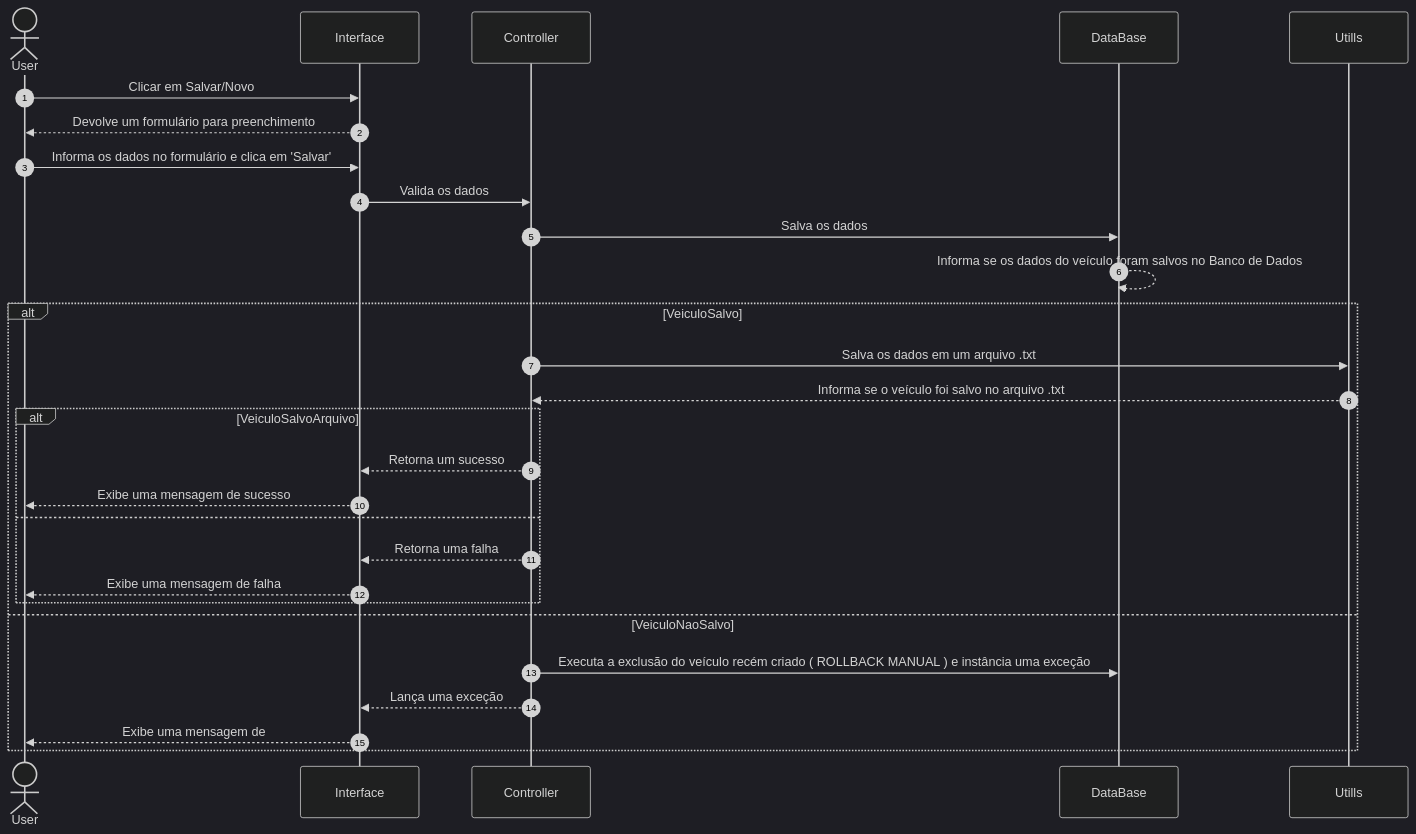
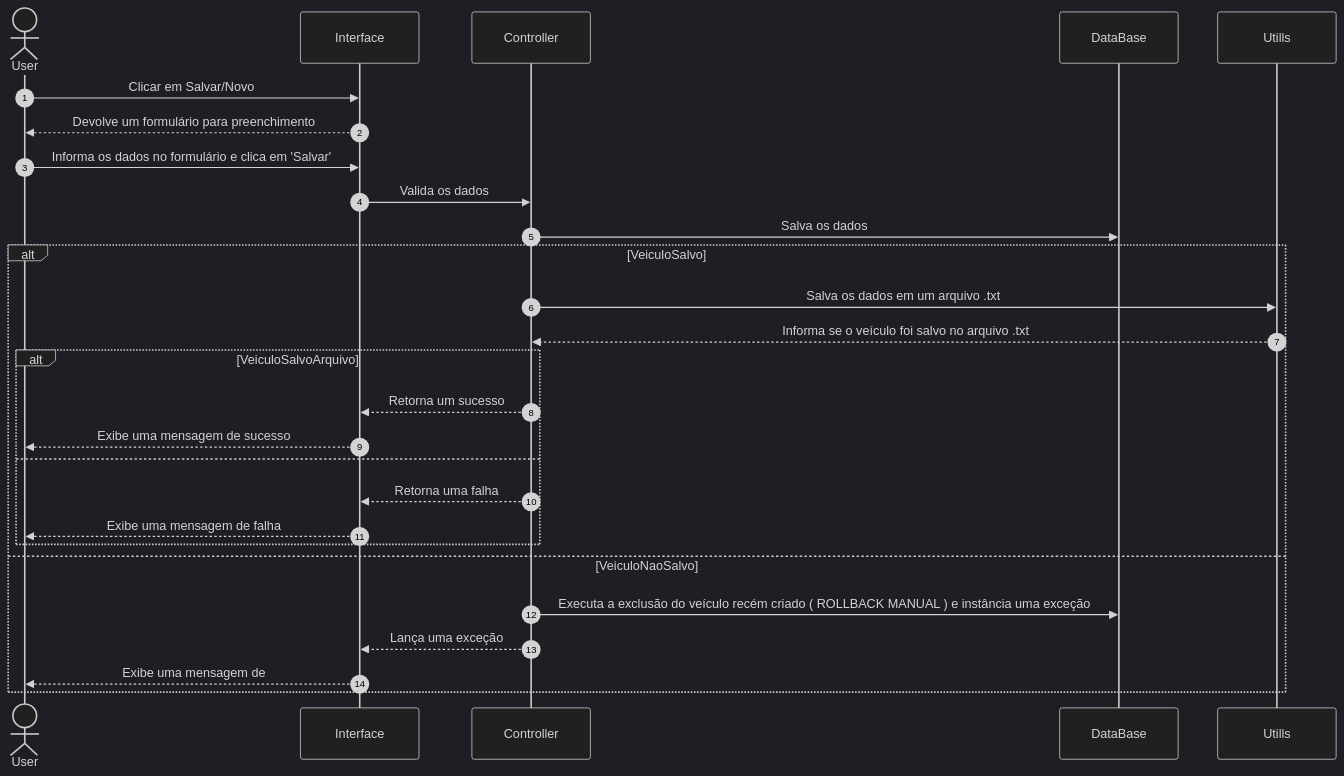
One commit to OieusouNoob/SistemaCadastroVeiculos changed the first of 3 diagrams in README.md. Above: the diagram before and after it, drawn with Mermaid.

Commit message:
Update: Readme

````diff
--- a/README.md
+++ b/README.md
@@ -16,40 +16,40 @@
 ```mermaid
 ---
 config:
   theme: dark
 ---
 sequenceDiagram
     autonumber
 
     actor User
 
     participant  Interface
     participant  Controller
     participant  DataBase
     participant  Utills
 
     User ->> Interface: Clicar em Salvar/Novo
     Interface -->> User: Devolve um formulário para preenchimento
     User ->> Interface: Informa os dados no formulário e clica em 'Salvar'
     Interface ->> Controller: Valida os dados
     Controller ->> DataBase: Salva os dados
-    DataBase -->> DataBase: Informa se os dados do veículo foram salvos no Banco de Dados
+  
 
     alt VeiculoSalvo
         Controller ->> Utills: Salva os dados em um arquivo .txt
         Utills -->> Controller: Informa se o veículo foi salvo no arquivo .txt
 
         alt VeiculoSalvoArquivo
             Controller -->> Interface: Retorna um sucesso
             Interface -->> User: Exibe uma mensagem de sucesso
         else
             Controller -->> Interface: Retorna uma falha
             Interface -->> User: Exibe uma mensagem de falha
         end
     else VeiculoNaoSalvo
         Controller ->> DataBase: Executa a exclusão do veículo recém criado ( ROLLBACK MANUAL ) e instância uma exceção
         Controller -->> Interface: Lança uma exceção
         Interface -->> User: Exibe uma mensagem de 
 
     end
 ```
````
